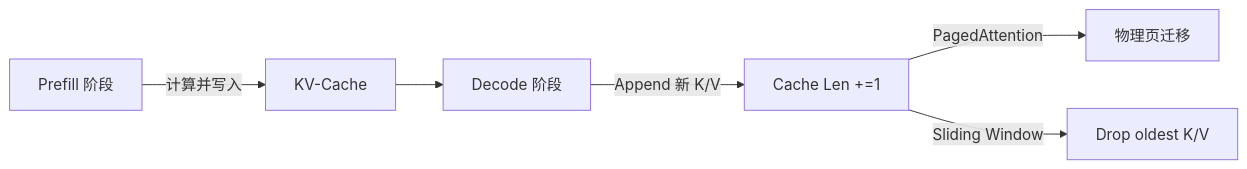
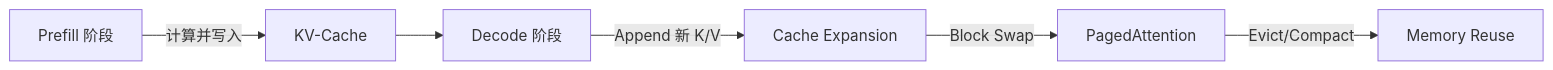
The diagram in 09-推理加速与量化/kv-cache机制.md (liuwei1993/ai-llm-agent-knowledge), drawn with Mermaid before and after one commit. The commit also changed other lines of this file and 1 other file, not shown here.

````diff
--- a/09-推理加速与量化/kv-cache机制.md
+++ b/09-推理加速与量化/kv-cache机制.md
@@ -43,8 +62,8 @@
 ```mermaid
 graph LR
 A[Prefill 阶段] -->|计算并写入| B[KV-Cache]
 B --> C[Decode 阶段]
-C -->|Append 新 K/V| D[Cache Len +=1]
-D -->|PagedAttention| E[物理页迁移]
-D -->|Sliding Window| F[Drop oldest K/V]
+C -->|Append 新 K/V| D[Cache Expansion]
+D -->|Block Swap| E[PagedAttention]
+E -->|Evict/Compact| F[Memory Reuse]
 ```
````
